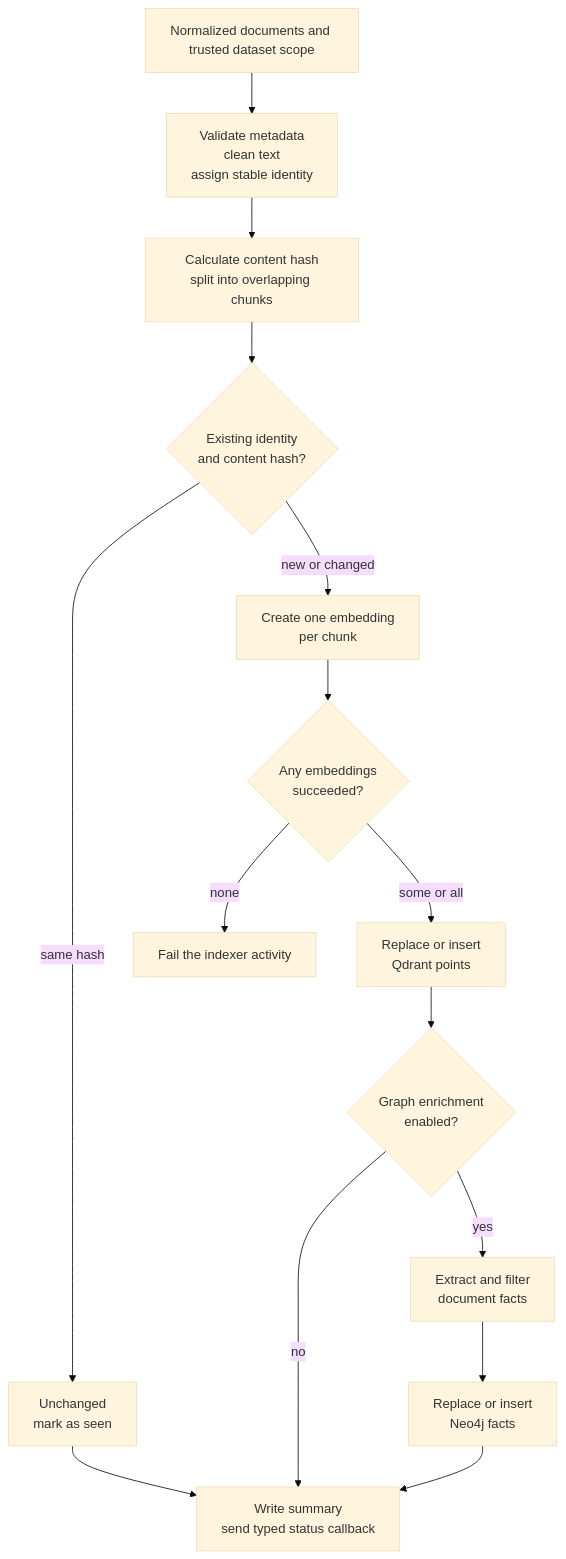
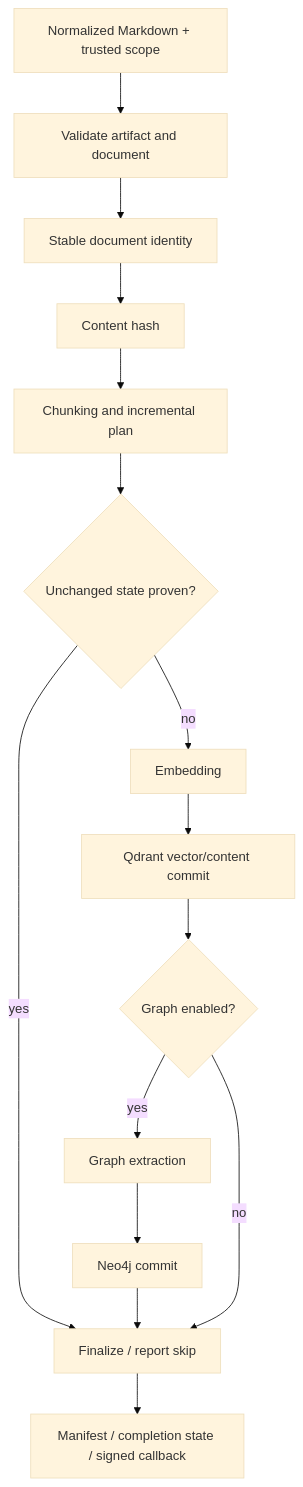
One commit to hawk-digital-environments/HAWKI-RAG changed the diagram in _documentation/Operations/6_ingestion_embeddings.md. Above: the diagram before and after it, drawn with Mermaid (base theme). The commit also changed other lines of this file and 35 other files, not shown here.

````diff
--- a/_documentation/Operations/6_ingestion_embeddings.md
+++ b/_documentation/Operations/6_ingestion_embeddings.md
@@ -101,24 +40,17 @@
 ```mermaid
-flowchart TD
-    Request["Normalized documents and trusted dataset scope"]
-    Prepare["Validate metadata<br/>clean text<br/>assign stable identity"]
-    Hash["Calculate content hash<br/>split into overlapping chunks"]
-    Compare{"Existing identity<br/>and content hash?"}
-    Unchanged["Unchanged<br/>mark as seen"]
-    Embed["Create one embedding<br/>per chunk"]
-    VectorCheck{"Any embeddings<br/>succeeded?"}
-    Failed["Fail the indexer activity"]
-    Qdrant["Replace or insert<br/>Qdrant points"]
-    GraphSwitch{"Graph enrichment<br/>enabled?"}
-    Extract["Extract and filter<br/>document facts"]
-    Neo4j["Replace or insert<br/>Neo4j facts"]
-    Complete["Write summary<br/>send typed status callback"]
-
-    Request --> Prepare --> Hash --> Compare
-    Compare -- "same hash" --> Unchanged --> Complete
-    Compare -- "new or changed" --> Embed --> VectorCheck
-    VectorCheck -- "none" --> Failed
-    VectorCheck -- "some or all" --> Qdrant --> GraphSwitch
-    GraphSwitch -- "no" --> Complete
-    GraphSwitch -- "yes" --> Extract --> Neo4j --> Complete
+flowchart TB
+    Markdown["Normalized Markdown + trusted scope"] --> Validate["Validate artifact and document"]
+    Validate --> Identity["Stable document identity"]
+    Identity --> Hash["Content hash"]
+    Hash --> Chunk["Chunking and incremental plan"]
+    Chunk --> Same{"Unchanged state proven?"}
+    Same -->|"yes"| Finalize["Finalize / report skip"]
+    Same -->|"no"| Embed["Embedding"]
+    Embed --> Qdrant["Qdrant vector/content commit"]
+    Qdrant --> Graph{"Graph enabled?"}
+    Graph -->|"yes"| Extract["Graph extraction"]
+    Extract --> Neo4j["Neo4j commit"]
+    Neo4j --> Finalize
+    Graph -->|"no"| Finalize
+    Finalize --> Callback["Manifest / completion state / signed callback"]
 ```
````
